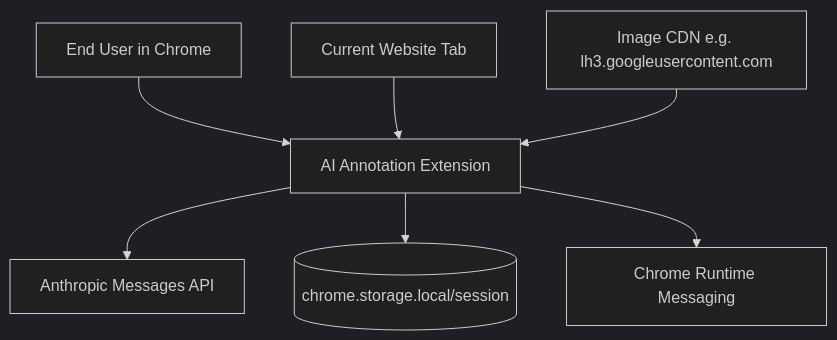
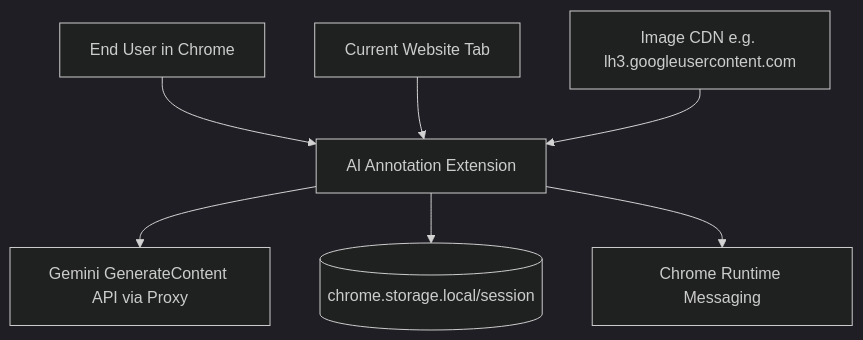
Before and after one commit to Hungbk295/Lala_banana: the first of 5 diagrams in docs/specs/001-ai-annotation-extension/solution-design.md, drawn with Mermaid (dark theme). The commit also changed other lines of this file and 6 other files, not shown here.

````diff
--- a/docs/specs/001-ai-annotation-extension/solution-design.md
+++ b/docs/specs/001-ai-annotation-extension/solution-design.md
@@ -100,11 +100,11 @@
 ```mermaid
 graph TB
     User[End User in Chrome] --> Extension[AI Annotation Extension]
 
     WebPage[Current Website Tab] --> Extension
-    Extension --> ClaudeAPI[Anthropic Messages API]
+    Extension --> GeminiAPI[Gemini GenerateContent API via Proxy]
 
     GeminiCDN[Image CDN e.g. lh3.googleusercontent.com] --> Extension
     Extension --> ChromeStorage[(chrome.storage.local/session)]
     Extension --> ChromeRuntime[Chrome Runtime Messaging]
 ```
````
